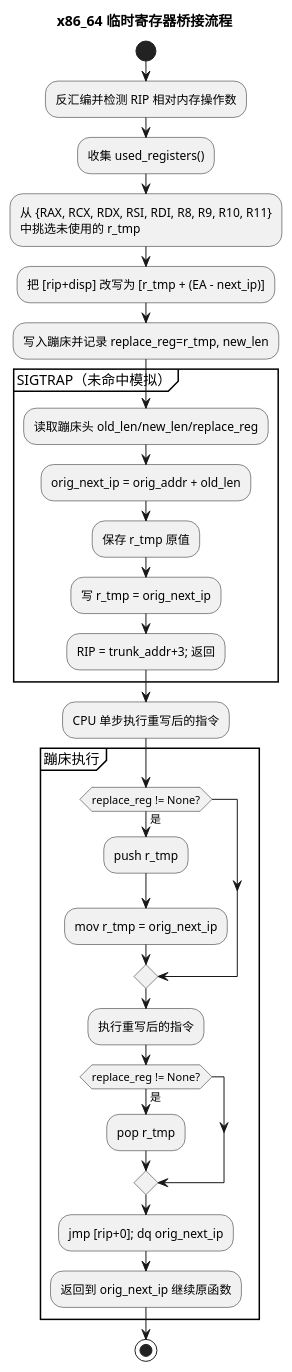
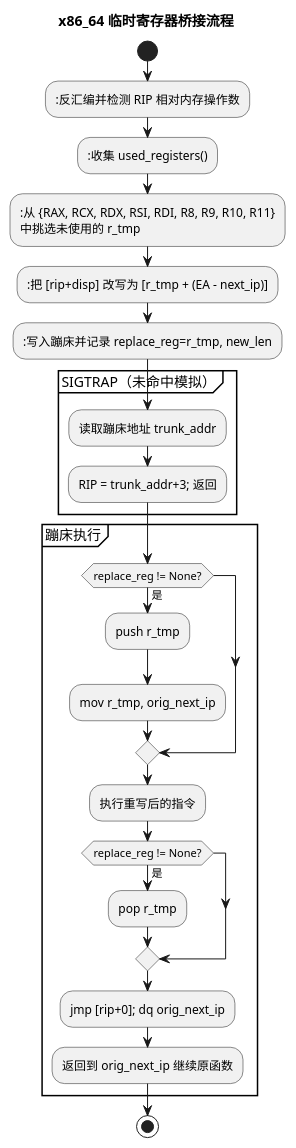
The sixth of 6 diagrams in doc/方案介绍-mockrs-超越Trait的自由函数模拟与线程安全.md (skyfireitdiy/mockrs), drawn with PlantUML before and after one commit. The commit also changed other lines of this file, not shown here.

````diff
--- a/doc/方案介绍-mockrs-超越Trait的自由函数模拟与线程安全.md
+++ b/doc/方案介绍-mockrs-超越Trait的自由函数模拟与线程安全.md
@@ -529,36 +527,31 @@
 ```plantuml
 @startuml
 title x86_64 临时寄存器桥接流程
 
 start
-:反汇编并检测 RIP 相对内存操作数;
-:收集 used_registers();
-:从 {RAX, RCX, RDX, RSI, RDI, R8, R9, R10, R11}\n中挑选未使用的 r_tmp;
-:把 [rip+disp] 改写为 [r_tmp + (EA - next_ip)];
-:写入蹦床并记录 replace_reg=r_tmp, new_len;
+::反汇编并检测 RIP 相对内存操作数;
+::收集 used_registers();
+::从 {RAX, RCX, RDX, RSI, RDI, R8, R9, R10, R11}\n中挑选未使用的 r_tmp;
+::把 [rip+disp] 改写为 [r_tmp + (EA - next_ip)];
+::写入蹦床并记录 replace_reg=r_tmp, new_len;
 
 partition "SIGTRAP（未命中模拟）" {
-  :读取蹦床头 old_len/new_len/replace_reg;
-  :orig_next_ip = orig_addr + old_len;
-  :保存 r_tmp 原值; 
-  :写 r_tmp = orig_next_ip;
+  :读取蹦床地址 trunk_addr;
   :RIP = trunk_addr+3; 返回;
 }
-
-:CPU 单步执行重写后的指令;
 
 partition "蹦床执行" {
   if (replace_reg != None?) then (是)
     :push r_tmp;
-    :mov r_tmp = orig_next_ip;
+    :mov r_tmp, orig_next_ip;
   endif
   :执行重写后的指令;
   if (replace_reg != None?) then (是)
     :pop r_tmp;
   endif
   :jmp [rip+0]; dq orig_next_ip;
   :返回到 orig_next_ip 继续原函数;
 }
 stop
 @enduml
 ```
````
